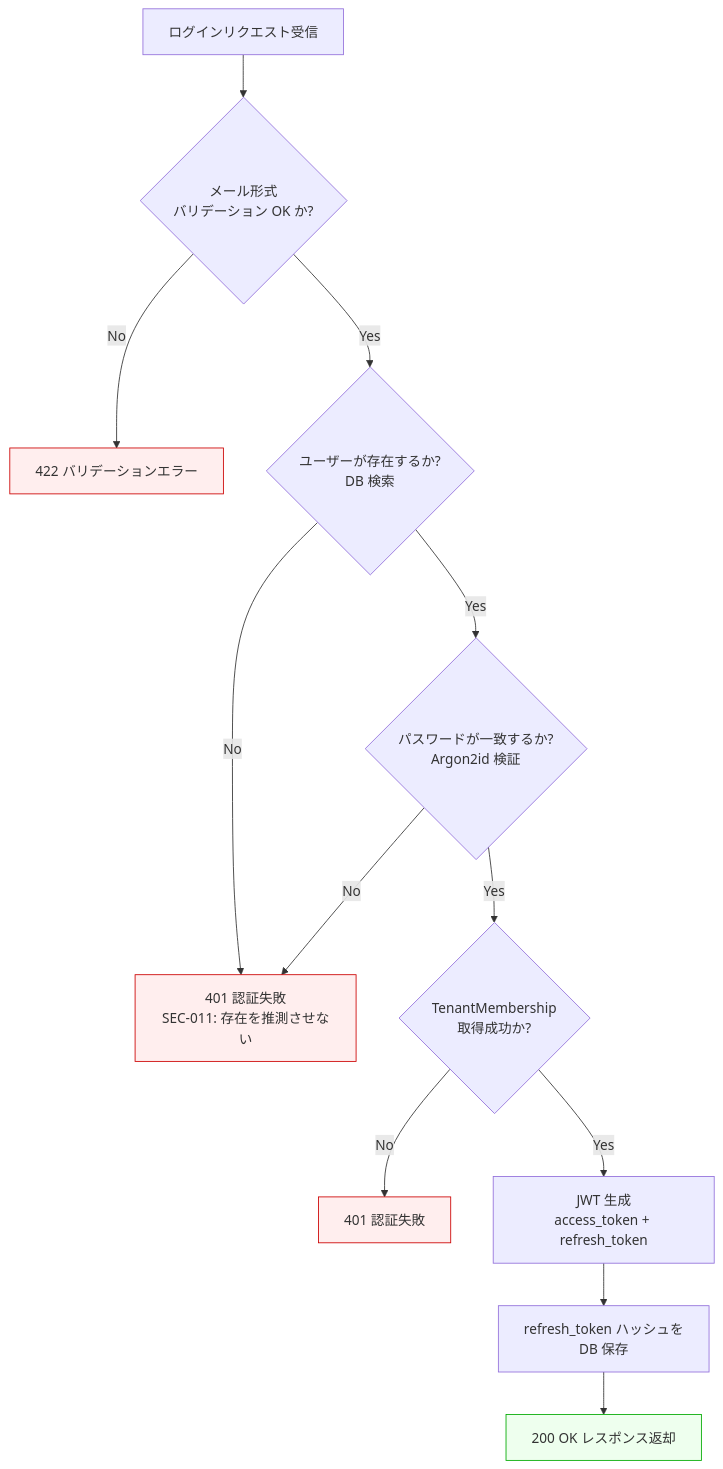
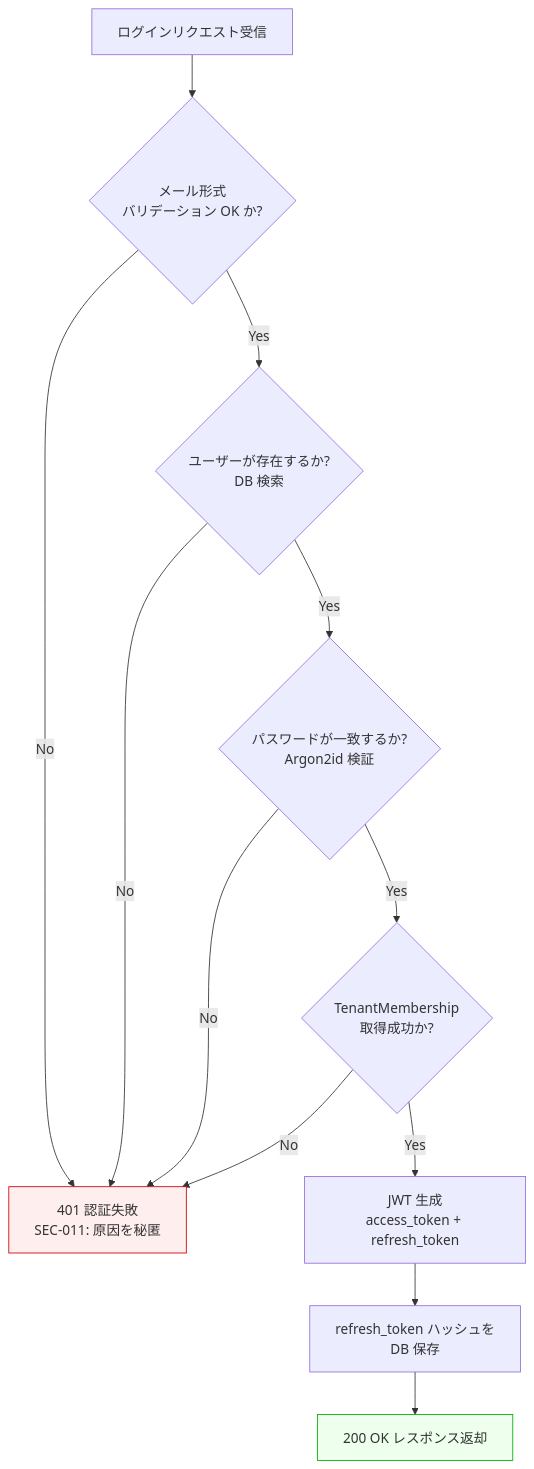
One commit to atsuro128/dev-journal changed the third of 3 diagrams in deliverables/docs/50_detail_design/screens/auth-login.md. Above: the diagram before and after it, drawn with Mermaid. The commit also changed other lines of this file and 4 other files, not shown here.

````diff
--- a/deliverables/docs/50_detail_design/screens/auth-login.md
+++ b/deliverables/docs/50_detail_design/screens/auth-login.md
@@ -286,19 +286,17 @@
 ```mermaid
 graph TD
     A[ログインリクエスト受信] --> B{メール形式<br/>バリデーション OK か?}
-    B -->|No| E1[422 バリデーションエラー]
+    B -->|No| E2[401 認証失敗<br/>SEC-011: 原因を秘匿]
     B -->|Yes| C{ユーザーが存在するか?<br/>DB 検索}
-    C -->|No| E2[401 認証失敗<br/>SEC-011: 存在を推測させない]
+    C -->|No| E2
     C -->|Yes| D{パスワードが一致するか?<br/>Argon2id 検証}
     D -->|No| E2
     D -->|Yes| F{TenantMembership<br/>取得成功か?}
-    F -->|No| E3[401 認証失敗]
+    F -->|No| E2
     F -->|Yes| G[JWT 生成<br/>access_token + refresh_token]
     G --> H[refresh_token ハッシュを<br/>DB 保存]
     H --> S[200 OK レスポンス返却]
 
-    style E1 fill:#fee,stroke:#c00
     style E2 fill:#fee,stroke:#c00
-    style E3 fill:#fee,stroke:#c00
     style S fill:#efe,stroke:#0a0
 ```
````
